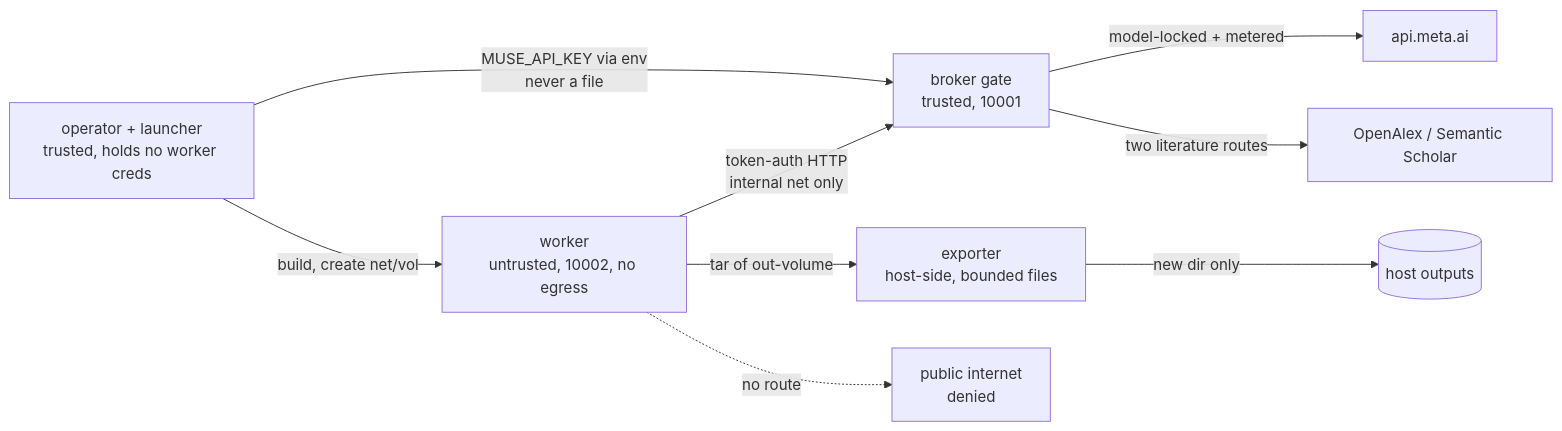
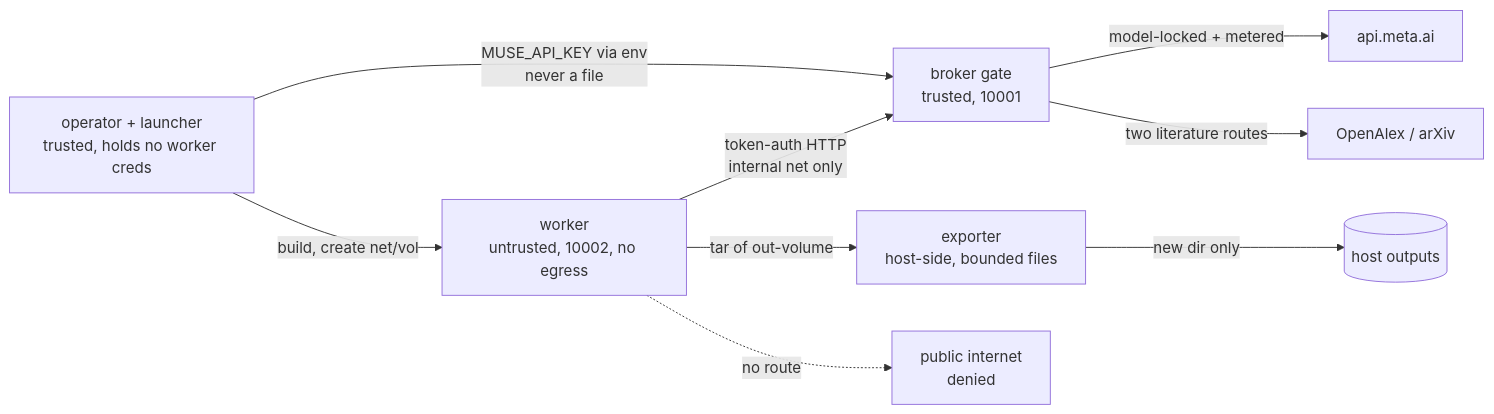
Before and after one commit to mikkokotila/Automated-Research: the diagram in docs/TRUST_BOUNDARY.md, drawn with Mermaid. The commit also changed other lines of this file and 15 other files, not shown here.

First line of the commit message:
Remove Semantic Scholar from retrieval (owner directive)

````diff
--- a/docs/TRUST_BOUNDARY.md
+++ b/docs/TRUST_BOUNDARY.md
@@ -76,11 +76,11 @@
 ```mermaid
 flowchart LR
     OP[operator + launcher<br/>trusted, holds no worker creds] -->|build, create net/vol| W[worker<br/>untrusted, 10002, no egress]
     OP -->|MUSE_API_KEY via env<br/>never a file| G[broker gate<br/>trusted, 10001]
     W -->|token-auth HTTP<br/>internal net only| G
     G -->|model-locked + metered| P[api.meta.ai]
-    G -->|two literature routes| L[OpenAlex / Semantic Scholar]
+    G -->|two literature routes| L[OpenAlex / arXiv]
     W -->|tar of out-volume| X[exporter<br/>host-side, bounded files]
     X -->|new dir only| H[(host outputs)]
     W -.->|no route| I[public internet<br/>denied]
 ```
````
